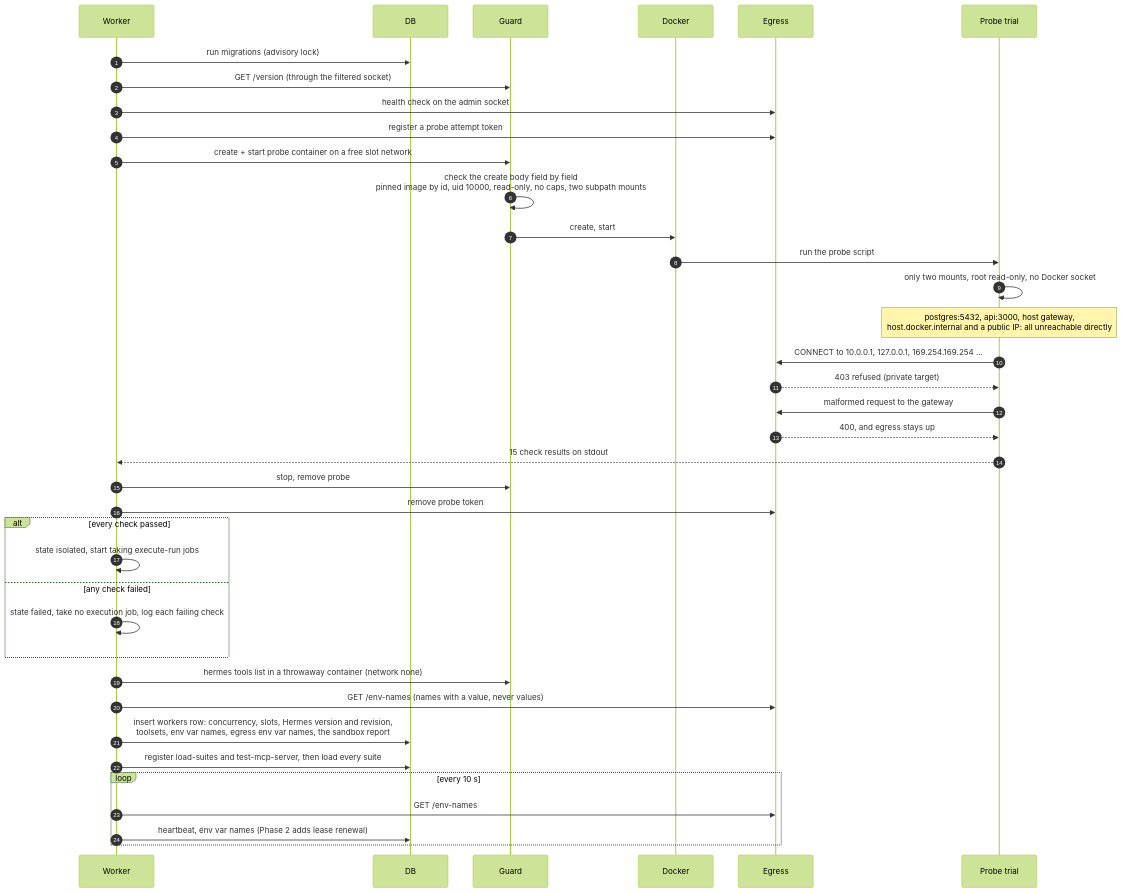
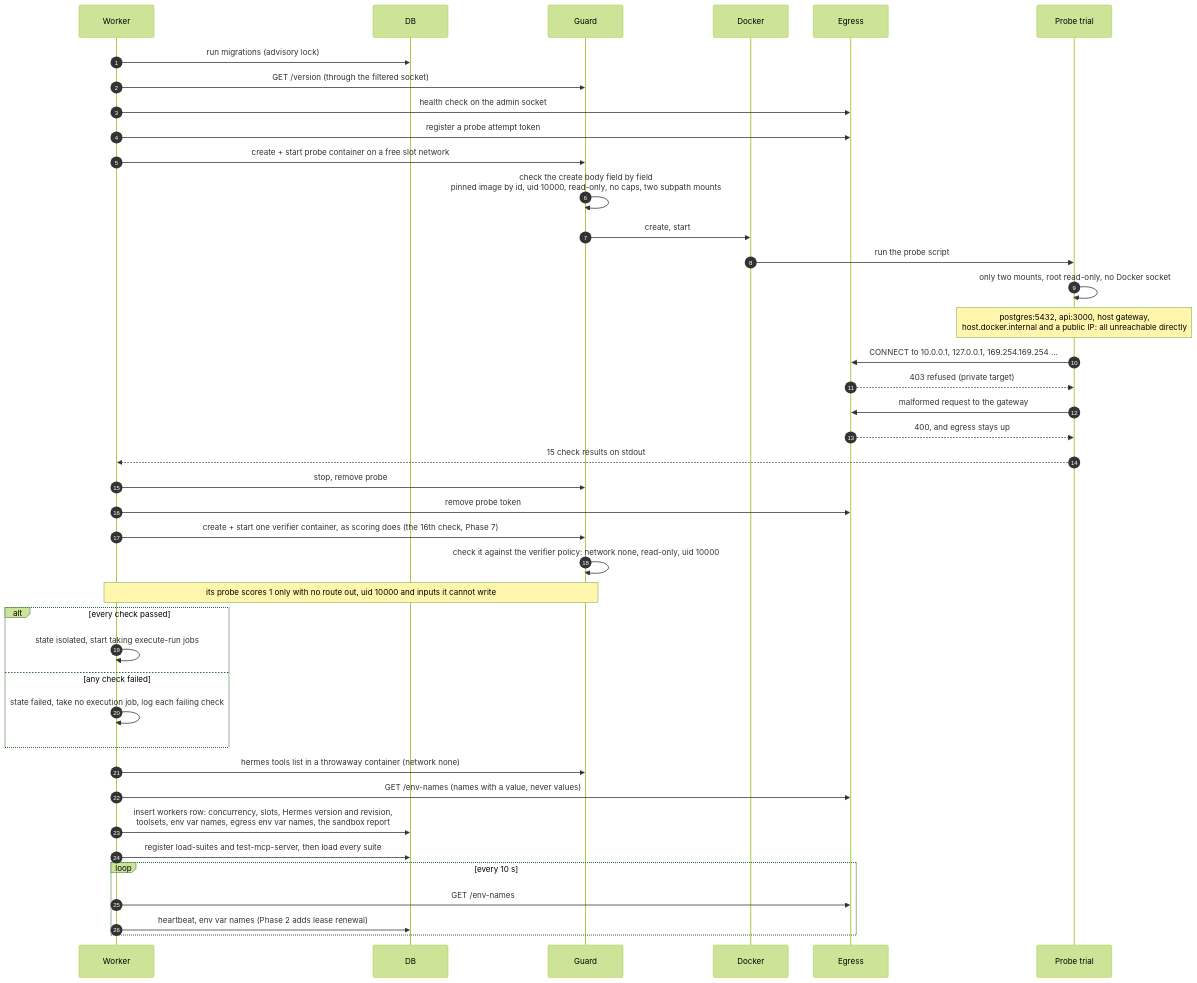
Before and after one commit to sasuke007/hermes-evals: the tenth of 47 diagrams in UI_FLOWS.md, drawn with Mermaid (forest theme). The commit also changed other lines of this file and 289 other files, not shown here.

````diff
--- a/UI_FLOWS.md
+++ b/UI_FLOWS.md
@@ -348,41 +348,44 @@
 ```mermaid
 sequenceDiagram
   autonumber
   participant WK as Worker
   participant DB as DB
   participant G as Guard
   participant D as Docker
   participant E as Egress
   participant T as Probe trial
 
   WK->>DB: run migrations (advisory lock)
   WK->>G: GET /version (through the filtered socket)
   WK->>E: health check on the admin socket
   WK->>E: register a probe attempt token
   WK->>G: create + start probe container on a free slot network
   G->>G: check the create body field by field<br/>pinned image by id, uid 10000, read-only, no caps, two subpath mounts
   G->>D: create, start
   D->>T: run the probe script
   T->>T: only two mounts, root read-only, no Docker socket
   Note over T: postgres:5432, api:3000, host gateway,<br/>host.docker.internal and a public IP: all unreachable directly
   T->>E: CONNECT to 10.0.0.1, 127.0.0.1, 169.254.169.254 ...
   E-->>T: 403 refused (private target)
   T->>E: malformed request to the gateway
   E-->>T: 400, and egress stays up
   T-->>WK: 15 check results on stdout
   WK->>G: stop, remove probe
   WK->>E: remove probe token
+  WK->>G: create + start one verifier container, as scoring does (the 16th check, Phase 7)
+  G->>G: check it against the verifier policy: network none, read-only, uid 10000
+  Note over WK,G: its probe scores 1 only with no route out, uid 10000 and inputs it cannot write
   alt every check passed
     WK->>WK: state isolated, start taking execute-run jobs
   else any check failed
     WK->>WK: state failed, take no execution job, log each failing check
   end
   WK->>G: hermes tools list in a throwaway container (network none)
   WK->>E: GET /env-names (names with a value, never values)
   WK->>DB: insert workers row: concurrency, slots, Hermes version and revision,<br/>toolsets, env var names, egress env var names, the sandbox report
   WK->>DB: register load-suites and test-mcp-server, then load every suite
   loop every 10 s
     WK->>E: GET /env-names
     WK->>DB: heartbeat, env var names (Phase 2 adds lease renewal)
   end
 ```
````
